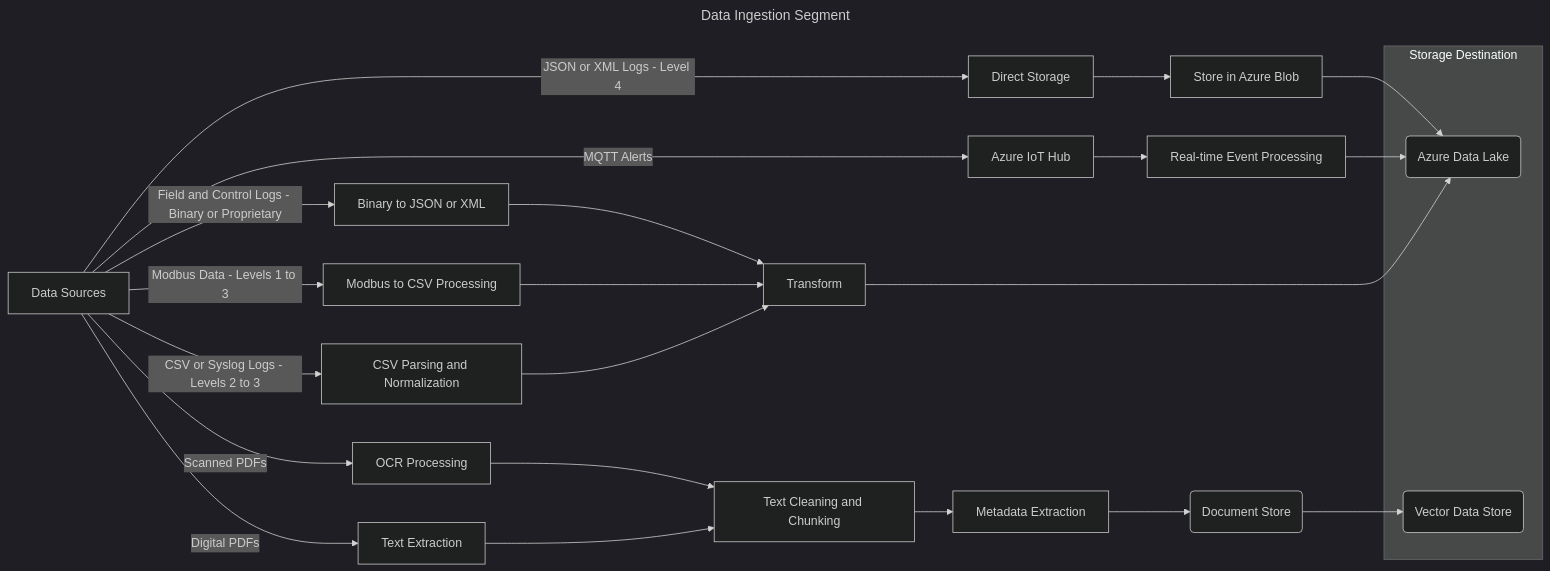
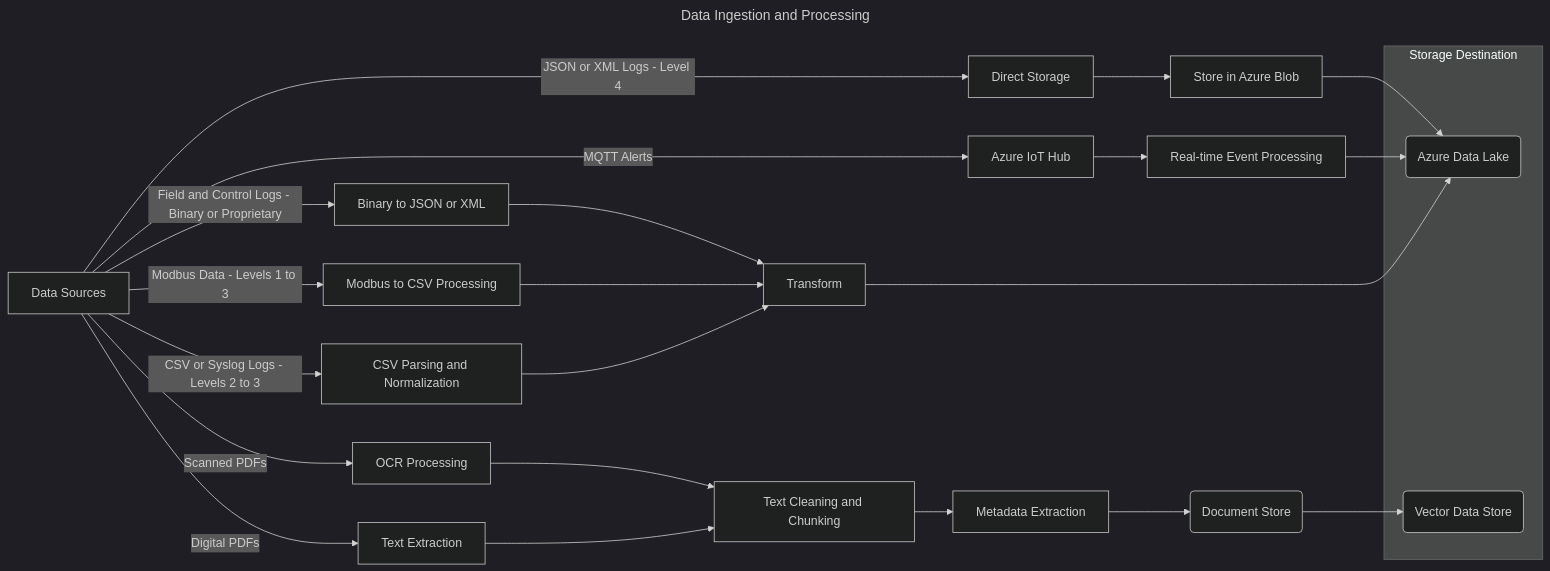
The first of 2 diagrams in solution-architecture.md (rajivgangadharan/ai-for-field-engineers), drawn with Mermaid (dark theme) before and after one commit. The commit also changed other lines of this file, not shown here.

Commit message:
Adding diagram for Retrieval

````diff
--- a/solution-architecture.md
+++ b/solution-architecture.md
@@ -113,36 +113,36 @@
 ```mermaid
 ---
-title: Data Ingestion Segment
+title: Data Ingestion and Processing
 ---
 
 graph LR;
     DS[Data Sources] -->|Scanned PDFs| O[OCR Processing];
     DS -->|Digital PDFs| TE[Text Extraction];
     DS -->|Field and Control Logs - Binary or Proprietary| BJX[Binary to JSON or XML];
     DS -->|Modbus Data - Levels 1 to 3| E[Modbus to CSV Processing];
     DS -->|CSV or Syslog Logs - Levels 2 to 3| PN[CSV Parsing and Normalization];
     DS -->|JSON or XML Logs - Level 4| DIS[Direct Storage];
     DS -->|MQTT Alerts| HUB[Azure IoT Hub];
     
     O --> I[Text Cleaning and Chunking];
     TE --> I;
     BJX --> T[Transform];
     E --> T;
     PN --> T;
     DIS --> K[Store in Azure Blob];
     HUB --> R[Real-time Event Processing];
     
     I --> M[Metadata Extraction];
     K --> N;
     R --> N;
     
     T   --> N(Azure Data Lake);
     M   --> DOC(Document Store);
     DOC --> V(Vector Data Store);
     
     subgraph "Storage Destination"
         N
         V
     end
 
 ```
````
